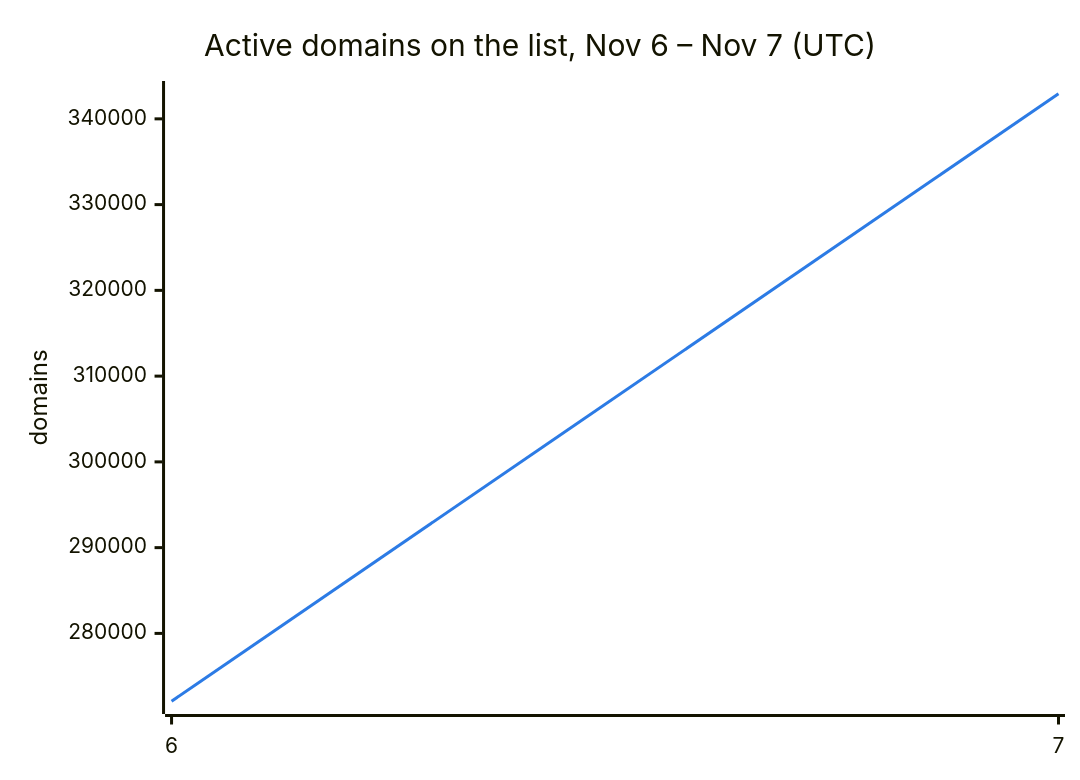
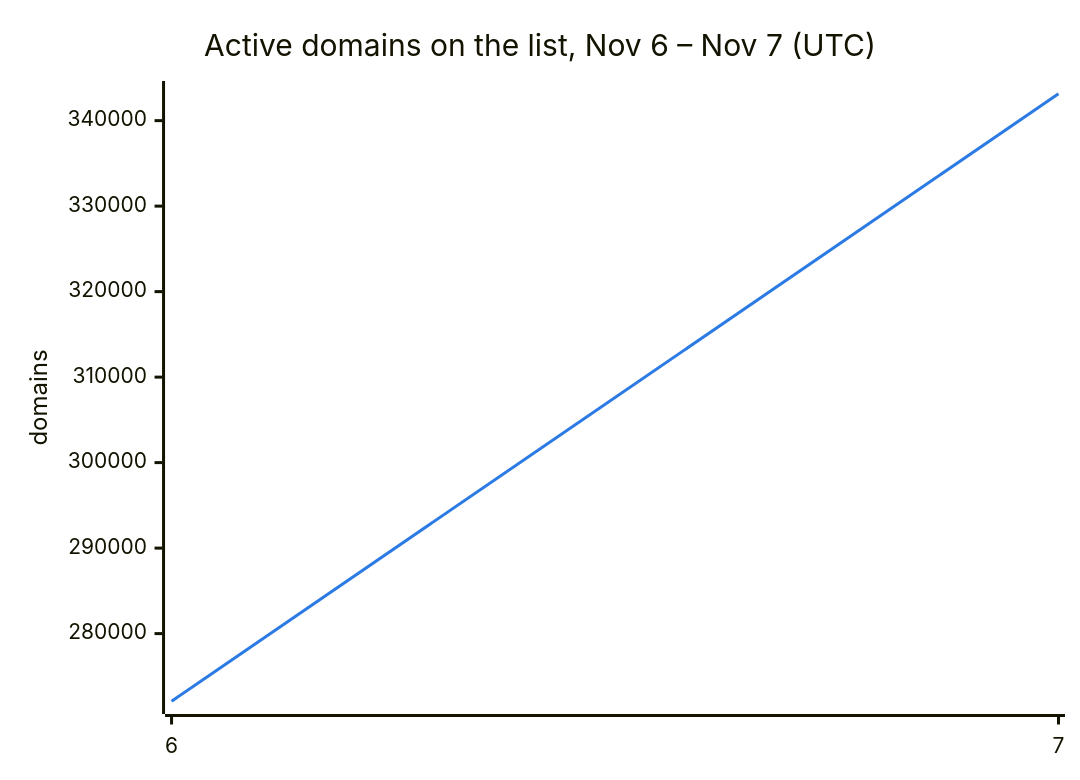
One commit to DNSBunker/CTI changed the second of 3 diagrams in README.md. Above: the diagram before and after it, drawn with Mermaid. The commit also changed other lines of this file and 3 other files, not shown here.

````diff
--- a/README.md
+++ b/README.md
@@ -38,8 +38,8 @@
 ```mermaid
 %%{init: {"themeVariables": {"xyChart": {"plotColorPalette": "#2c7be5"}}}}%%
 xychart-beta
     title "Active domains on the list, Nov 6 – Nov 7 (UTC)"
     x-axis ["6", "7"]
     y-axis "domains"
-    line [272088, 342927]
+    line [272088, 343145]
 ```
````
